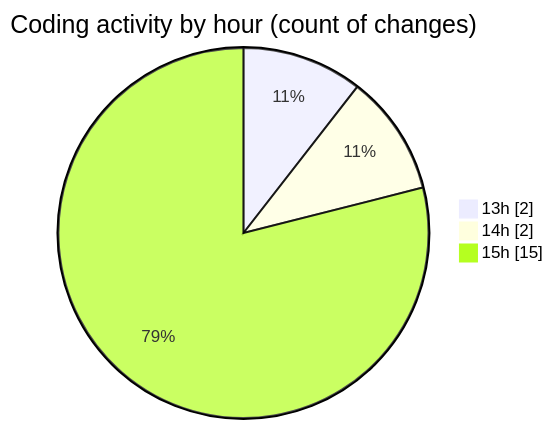
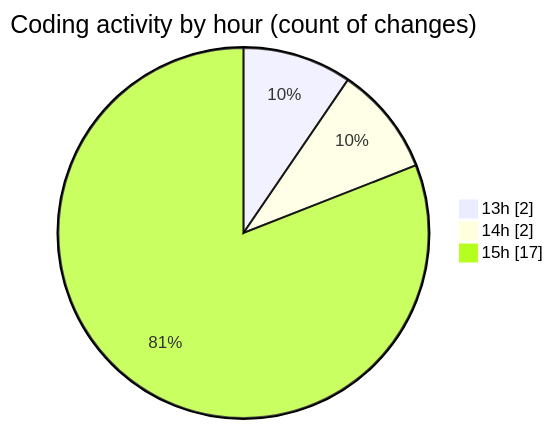
One commit to nxtqubesakshisongat/code-tracking changed the second of 2 diagrams in 2025-06-17/nxtqube_webapp/README.md. Above: the diagram before and after it, drawn with Mermaid. The commit also changed other lines of this file and 1 other file, not shown here.

````diff
--- a/2025-06-17/nxtqube_webapp/README.md
+++ b/2025-06-17/nxtqube_webapp/README.md
@@ -28,7 +28,7 @@
 ```mermaid
 pie showData
 title Coding activity by hour (count of changes)
 "13h" : 2
 "14h" : 2
-"15h" : 15
+"15h" : 17
 ```
````
